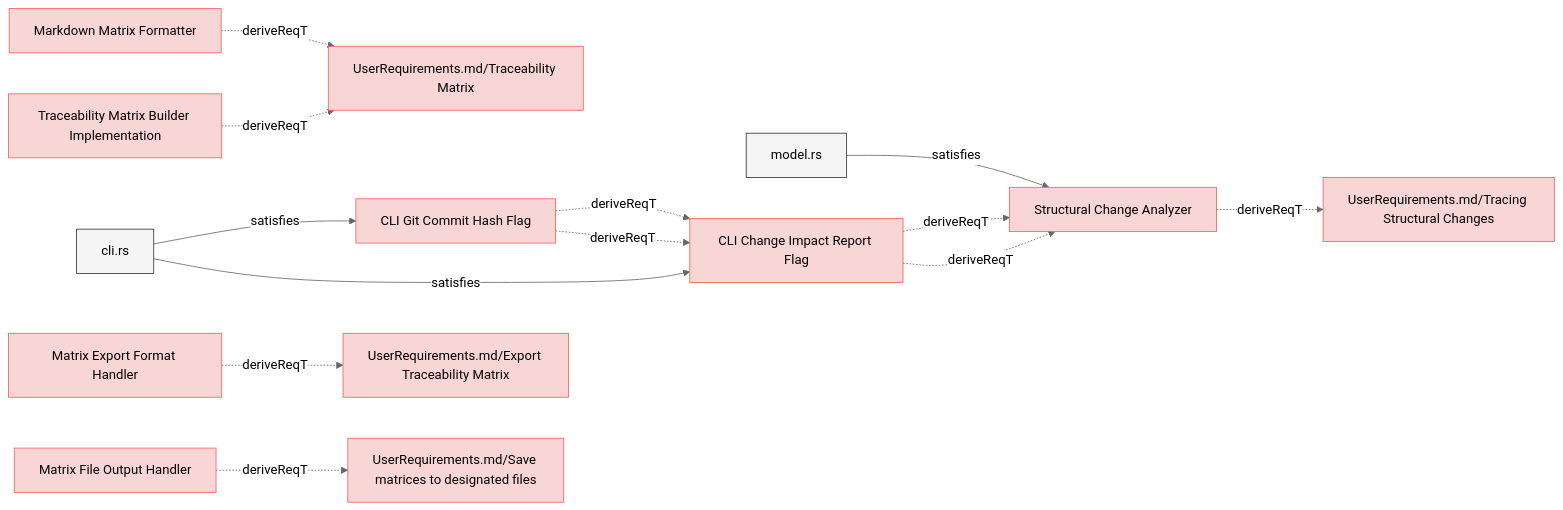
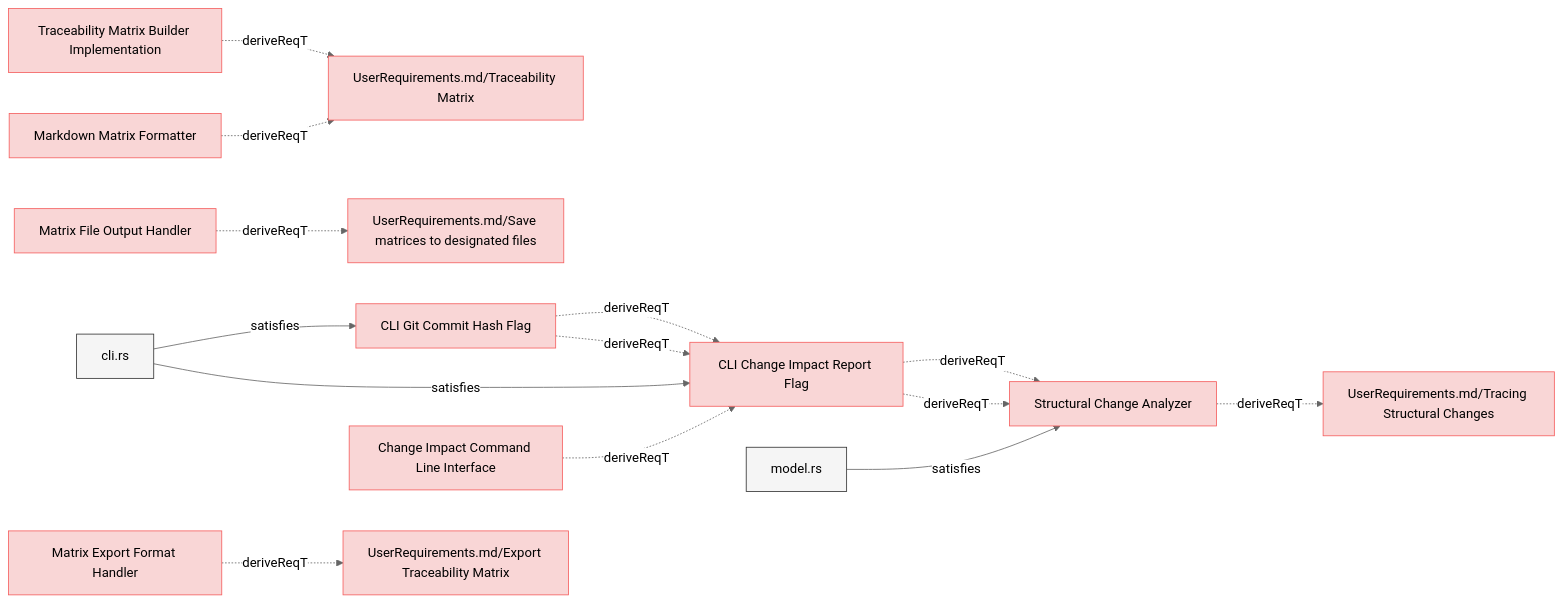
The sixth of 8 diagrams in specifications/SystemRequirements/Requirements.md (reqvire-org/reqvire), drawn with Mermaid (neutral theme) before and after one commit. The commit also changed other lines of this file and 92 other files, not shown here.

````diff
--- a/specifications/SystemRequirements/Requirements.md
+++ b/specifications/SystemRequirements/Requirements.md
@@ -771,60 +754,64 @@
 ```mermaid
 graph LR;
   %% Graph styling
   classDef requirement fill:#f9d6d6,stroke:#f55f5f,stroke-width:1px;
   classDef verification fill:#d6f9d6,stroke:#5fd75f,stroke-width:1px;
   classDef externalLink fill:#d0e0ff,stroke:#3080ff,stroke-width:1px;
   classDef default fill:#f5f5f5,stroke:#333333,stroke-width:1px;
 
-  918cc4a26d["Structural Change Analyzer"];
-  click 918cc4a26d "Requirements.md#structural-change-analyzer";
-  class 918cc4a26d requirement;
-  91ebf7e73d["UserRequirements.md/Tracing Structural Changes"];
-  class 91ebf7e73d requirement;
-  click 91ebf7e73d "../UserRequirements.md#tracing-structural-changes";
-  918cc4a26d -.->|deriveReqT| 91ebf7e73d;
-  501c373c2d["model.rs"];
-  class 501c373c2d default;
-  click 501c373c2d "../../src/change_impact.rs";
-  501c373c2d -->|satisfies| 918cc4a26d;
+  5eca866a03["Traceability Matrix Builder Implementation"];
+  click 5eca866a03 "Requirements.md#traceability-matrix-builder-implementation";
+  class 5eca866a03 requirement;
+  ba40352f8e["UserRequirements.md/Traceability Matrix"];
+  class ba40352f8e requirement;
+  click ba40352f8e "../UserRequirements.md#traceability-matrix";
+  5eca866a03 -.->|deriveReqT| ba40352f8e;
+  d7e5fbf806["Markdown Matrix Formatter"];
+  click d7e5fbf806 "Requirements.md#markdown-matrix-formatter";
+  class d7e5fbf806 requirement;
+  d7e5fbf806 -.->|deriveReqT| ba40352f8e;
+  b8b4018461["CLI Git Commit Hash Flag"];
+  click b8b4018461 "Requirements.md#cli-git-commit-hash-flag";
+  class b8b4018461 requirement;
   665b7456c9["CLI Change Impact Report Flag"];
   class 665b7456c9 requirement;
   click 665b7456c9 "Requirements.md#cli-change-impact-report-flag";
-  665b7456c9 -.->|deriveReqT| 918cc4a26d;
-  b8b4018461["CLI Git Commit Hash Flag"];
-  click b8b4018461 "Requirements.md#cli-git-commit-hash-flag";
-  class b8b4018461 requirement;
   b8b4018461 -.->|deriveReqT| 665b7456c9;
-  6b749da146["cli.rs"];
-  class 6b749da146 default;
-  click 6b749da146 "../../src/cli.rs";
-  6b749da146 -->|satisfies| b8b4018461;
-  665b7456c9 -.->|deriveReqT| 918cc4a26d;
-  6b749da146 -->|satisfies| 665b7456c9;
-  b8b4018461 -.->|deriveReqT| 665b7456c9;
-  d7e5fbf806["Markdown Matrix Formatter"];
-  click d7e5fbf806 "Requirements.md#markdown-matrix-formatter";
-  class d7e5fbf806 requirement;
-  ba40352f8e["UserRequirements.md/Traceability Matrix"];
-  class ba40352f8e requirement;
-  click ba40352f8e "../UserRequirements.md#traceability-matrix";
-  d7e5fbf806 -.->|deriveReqT| ba40352f8e;
+  11ffc4632a["cli.rs"];
+  class 11ffc4632a default;
+  click 11ffc4632a "../../cli/src/cli.rs";
+  11ffc4632a -->|satisfies| b8b4018461;
+  83a2343e97["Matrix File Output Handler"];
+  click 83a2343e97 "Requirements.md#matrix-file-output-handler";
+  class 83a2343e97 requirement;
+  c4b025f6ac["UserRequirements.md/Save matrices to designated files"];
+  class c4b025f6ac requirement;
+  click c4b025f6ac "../UserRequirements.md#save-matrices-to-designated-files";
+  83a2343e97 -.->|deriveReqT| c4b025f6ac;
   8897111f9b["Matrix Export Format Handler"];
   click 8897111f9b "Requirements.md#matrix-export-format-handler";
   class 8897111f9b requirement;
   4b7b432817["UserRequirements.md/Export Traceability Matrix"];
   class 4b7b432817 requirement;
   click 4b7b432817 "../UserRequirements.md#export-traceability-matrix";
   8897111f9b -.->|deriveReqT| 4b7b432817;
-  83a2343e97["Matrix File Output Handler"];
-  click 83a2343e97 "Requirements.md#matrix-file-output-handler";
-  class 83a2343e97 requirement;
-  c4b025f6ac["UserRequirements.md/Save matrices to designated files"];
-  class c4b025f6ac requirement;
-  click c4b025f6ac "../UserRequirements.md#save-matrices-to-designated-files";
-  83a2343e97 -.->|deriveReqT| c4b025f6ac;
-  5eca866a03["Traceability Matrix Builder Implementation"];
-  click 5eca866a03 "Requirements.md#traceability-matrix-builder-implementation";
-  class 5eca866a03 requirement;
-  5eca866a03 -.->|deriveReqT| ba40352f8e;
+  918cc4a26d["Structural Change Analyzer"];
+  class 918cc4a26d requirement;
+  click 918cc4a26d "Requirements.md#structural-change-analyzer";
+  665b7456c9 -.->|deriveReqT| 918cc4a26d;
+  11ffc4632a -->|satisfies| 665b7456c9;
+  b8b4018461 -.->|deriveReqT| 665b7456c9;
+  9d6f79f601["Change Impact Command Line Interface"];
+  class 9d6f79f601 requirement;
+  click 9d6f79f601 "ChangeImpactRequirements.md#change-impact-command-line-interface";
+  9d6f79f601 -.->|deriveReqT| 665b7456c9;
+  91ebf7e73d["UserRequirements.md/Tracing Structural Changes"];
+  class 91ebf7e73d requirement;
+  click 91ebf7e73d "../UserRequirements.md#tracing-structural-changes";
+  918cc4a26d -.->|deriveReqT| 91ebf7e73d;
+  cc976e6bcd["model.rs"];
+  class cc976e6bcd default;
+  click cc976e6bcd "../../core/src/change_impact.rs";
+  cc976e6bcd -->|satisfies| 918cc4a26d;
+  665b7456c9 -.->|deriveReqT| 918cc4a26d;
 ```
````
